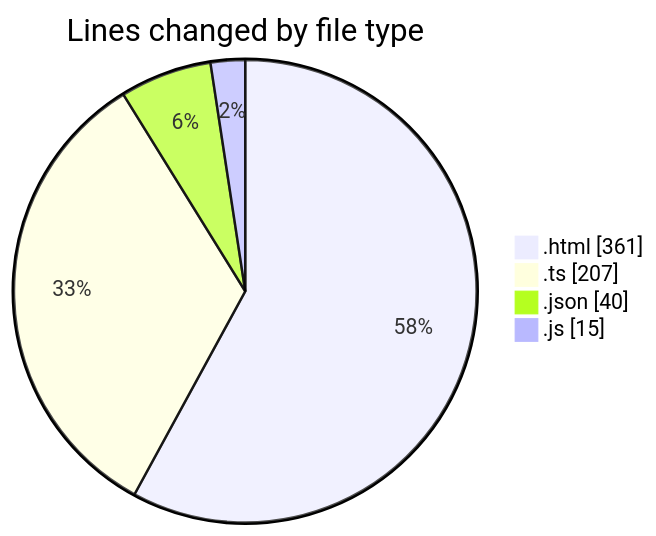
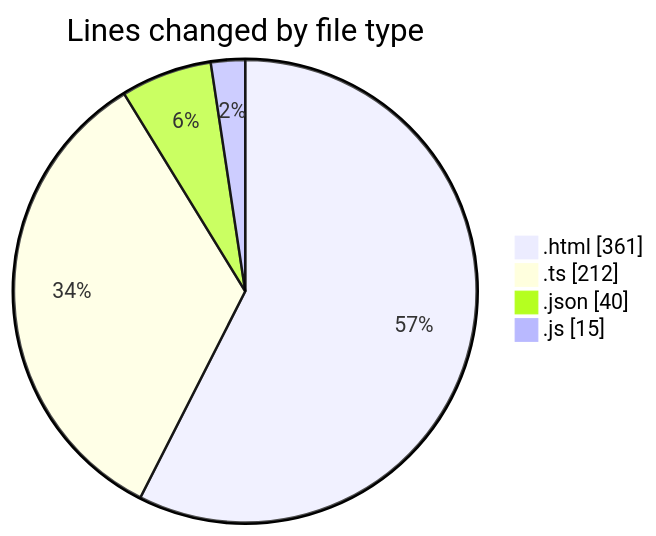
Before and after one commit to momahboobian/code-tracking: the first of 2 diagrams in 2025-05-15/news-clock-system-caspercg/README.md, drawn with Mermaid. The commit also changed other lines of this file and 1 other file, not shown here.

````diff
--- a/2025-05-15/news-clock-system-caspercg/README.md
+++ b/2025-05-15/news-clock-system-caspercg/README.md
@@ -28,8 +28,8 @@
 ```mermaid
 pie showData
 title Lines changed by file type
 ".html" : 361
-".ts" : 207
+".ts" : 212
 ".json" : 40
 ".js" : 15
 ```
````
